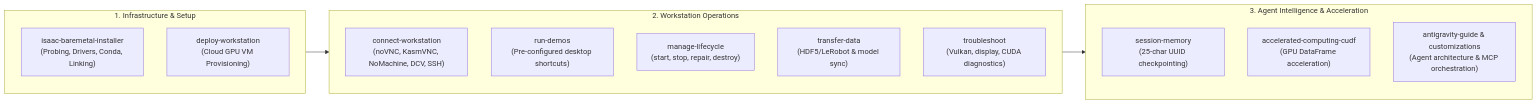
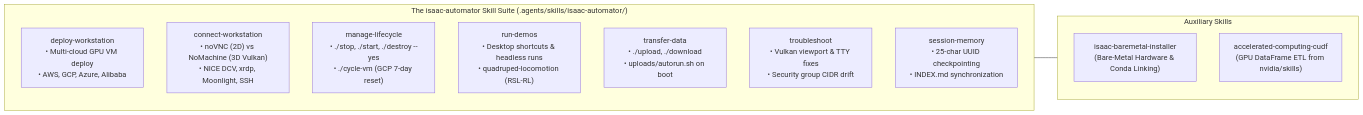
Before and after one commit to boredengineering/IsaacAutomator: the third of 4 diagrams in .agents/references/docs/physical-ai_agents.md, drawn with Mermaid. The commit also changed other lines of this file and 7 other files, not shown here.

````diff
--- a/.agents/references/docs/physical-ai_agents.md
+++ b/.agents/references/docs/physical-ai_agents.md
@@ -453,23 +495,19 @@
 ```mermaid
 flowchart LR
-    subgraph Provisioning ["1. Infrastructure & Setup"]
-        S_BM["isaac-baremetal-installer\n(Probing, Drivers, Conda, Linking)"]
-        S_DEP["deploy-workstation\n(Cloud GPU VM Provisioning)"]
+    subgraph Suite ["The isaac-automator Skill Suite (.agents/skills/isaac-automator/)"]
+        S_DEP["deploy-workstation\n• Multi-cloud GPU VM deploy\n• AWS, GCP, Azure, Alibaba"]
+        S_CONN["connect-workstation\n• noVNC (2D) vs NoMachine (3D Vulkan)\n• NICE DCV, xrdp, Moonlight, SSH"]
+        S_LIFE["manage-lifecycle\n• ./stop, ./start, ./destroy --yes\n• ./cycle-vm (GCP 7-day reset)"]
+        S_DEMO["run-demos\n• Desktop shortcuts & headless runs\n• quadruped-locomotion (RSL-RL)"]
+        S_DATA["transfer-data\n• ./upload, ./download\n• uploads/autorun.sh on boot"]
+        S_TRBL["troubleshoot\n• Vulkan viewport & TTY fixes\n• Security group CIDR drift"]
+        S_MEM["session-memory\n• 25-char UUID checkpointing\n• INDEX.md synchronization"]
     end
 
-    subgraph Operations ["2. Workstation Operations"]
-        S_CONN["connect-workstation\n(noVNC, KasmVNC, NoMachine, DCV, SSH)"]
-        S_DEMO["run-demos\n(Pre-configured desktop shortcuts)"]
-        S_LIFE["manage-lifecycle\n(start, stop, repair, destroy)"]
-        S_DATA["transfer-data\n(HDF5/LeRobot & model sync)"]
-        S_TRBL["troubleshoot\n(Vulkan, display, CUDA diagnostics)"]
+    subgraph External ["Auxiliary Skills"]
+        S_BM["isaac-baremetal-installer\n(Bare-Metal Hardware & Conda Linking)"]
+        S_CUDF["accelerated-computing-cudf\n(GPU DataFrame ETL from nvidia/skills)"]
     end
 
-    subgraph Intelligence ["3. Agent Intelligence & Acceleration"]
-        S_MEM["session-memory\n(25-char UUID checkpointing)"]
-        S_CUDF["accelerated-computing-cudf\n(GPU DataFrame acceleration)"]
-        S_AGY["antigravity-guide & customizations\n(Agent architecture & MCP orchestration)"]
-    end
-
-    Provisioning --> Operations --> Intelligence
+    Suite --- External
 ```
````
